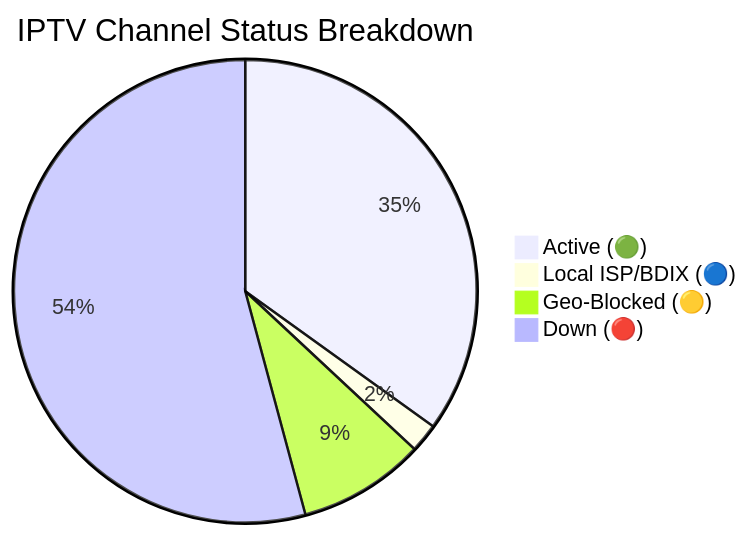
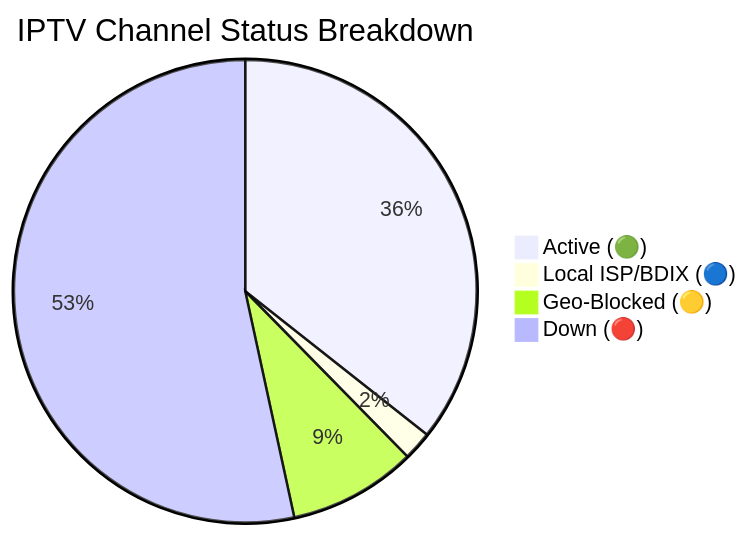
Before and after one commit to andreataylord/Ip-tv-Collection: the diagram in README.md, drawn with Mermaid. The commit also changed other lines of this file and 1 other file, not shown here.

Commit message:
docs(readme): auto-update daily channel status chart

````diff
--- a/README.md
+++ b/README.md
@@ -59,7 +59,7 @@
 ```mermaid
 pie title IPTV Channel Status Breakdown
-    "Active (🟢)" : 2218
+    "Active (🟢)" : 2263
     "Local ISP/BDIX (🔵)" : 128
-    "Geo-Blocked (🟡)" : 563
-    "Down (🔴)" : 3441
+    "Geo-Blocked (🟡)" : 568
+    "Down (🔴)" : 3391
 ```
````
